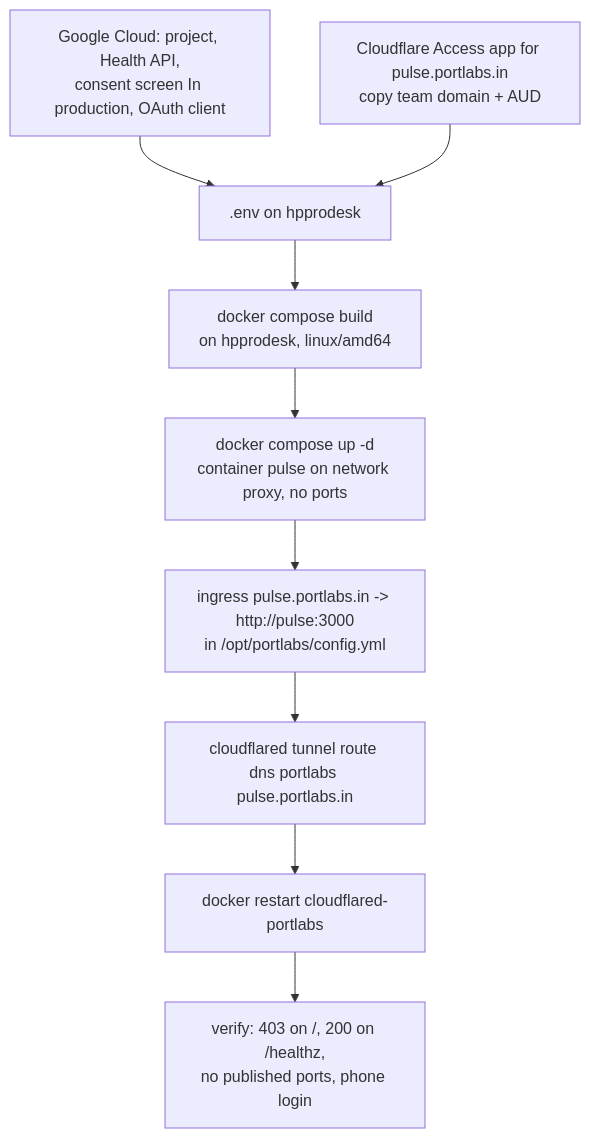
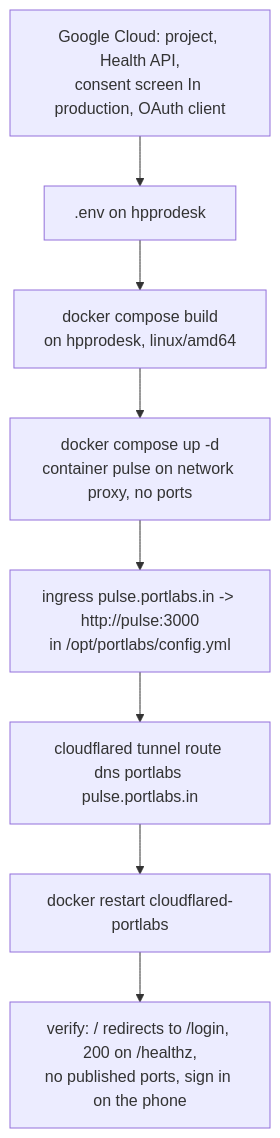
Before and after one commit to adityaongit/pulse: the first of 2 diagrams in docs/runbook.md, drawn with Mermaid. The commit also changed other lines of this file and 4 other files, not shown here.

````diff
--- a/docs/runbook.md
+++ b/docs/runbook.md
@@ -11,11 +11,10 @@
 ```mermaid
 flowchart TD
-    g[Google Cloud: project, Health API,<br/>consent screen In production, OAuth client] --> env
-    a[Cloudflare Access app for pulse.portlabs.in<br/>copy team domain + AUD] --> env[.env on hpprodesk]
+    g[Google Cloud: project, Health API,<br/>consent screen In production, OAuth client] --> env[.env on hpprodesk]
     env --> b[docker compose build<br/>on hpprodesk, linux/amd64]
     b --> up[docker compose up -d<br/>container pulse on network proxy, no ports]
     up --> ing[ingress pulse.portlabs.in -> http://pulse:3000<br/>in /opt/portlabs/config.yml]
     ing --> dns[cloudflared tunnel route dns portlabs pulse.portlabs.in]
     dns --> rs[docker restart cloudflared-portlabs]
-    rs --> v[verify: 403 on /, 200 on /healthz,<br/>no published ports, phone login]
+    rs --> v[verify: / redirects to /login, 200 on /healthz,<br/>no published ports, sign in on the phone]
 ```
````
